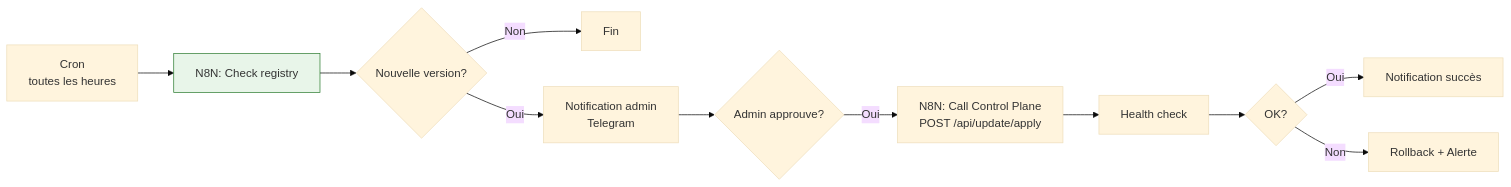
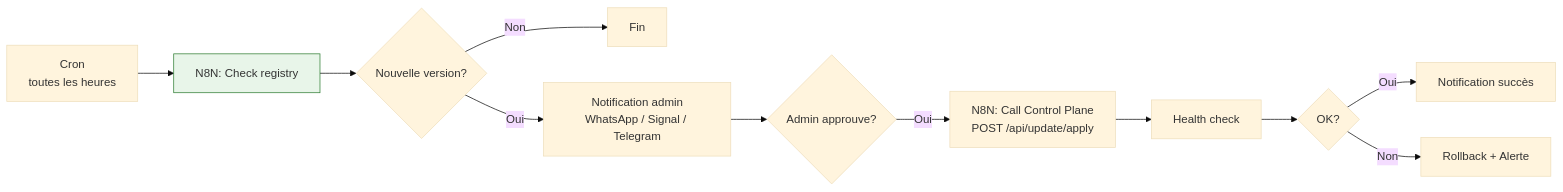
One commit to essensys-hub/essensys-raspberry-install changed the fourth of 7 diagrams in docs/migration-architecture/n8n-openclaw-prometheus.md. Above: the diagram before and after it, drawn with Mermaid (base theme). The commit also changed other lines of this file and 2 other files, not shown here.

Commit message:
Replace Telegram-only references with WhatsApp/Signal/Telegram

````diff
--- a/docs/migration-architecture/n8n-openclaw-prometheus.md
+++ b/docs/migration-architecture/n8n-openclaw-prometheus.md
@@ -162,15 +162,15 @@
 ```mermaid
 graph LR
     A[Cron<br/>toutes les heures] --> B[N8N: Check registry]
     B --> C{Nouvelle version?}
     C -->|Non| D[Fin]
-    C -->|Oui| E[Notification admin<br/>Telegram]
+    C -->|Oui| E[Notification admin<br/>WhatsApp / Signal / Telegram]
     E --> F{Admin approuve?}
     F -->|Oui| G[N8N: Call Control Plane<br/>POST /api/update/apply]
     G --> H[Health check]
     H --> I{OK?}
     I -->|Oui| J[Notification succès]
     I -->|Non| K[Rollback + Alerte]
 
     style B fill:#e8f5e9,stroke:#2e7d32
 ```
````
